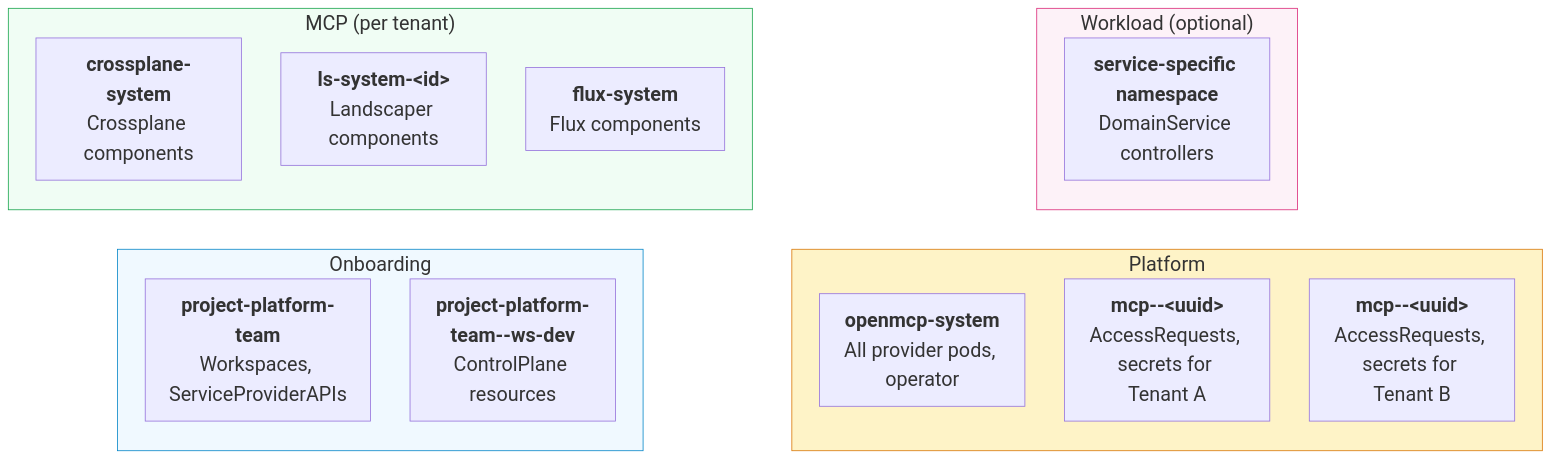
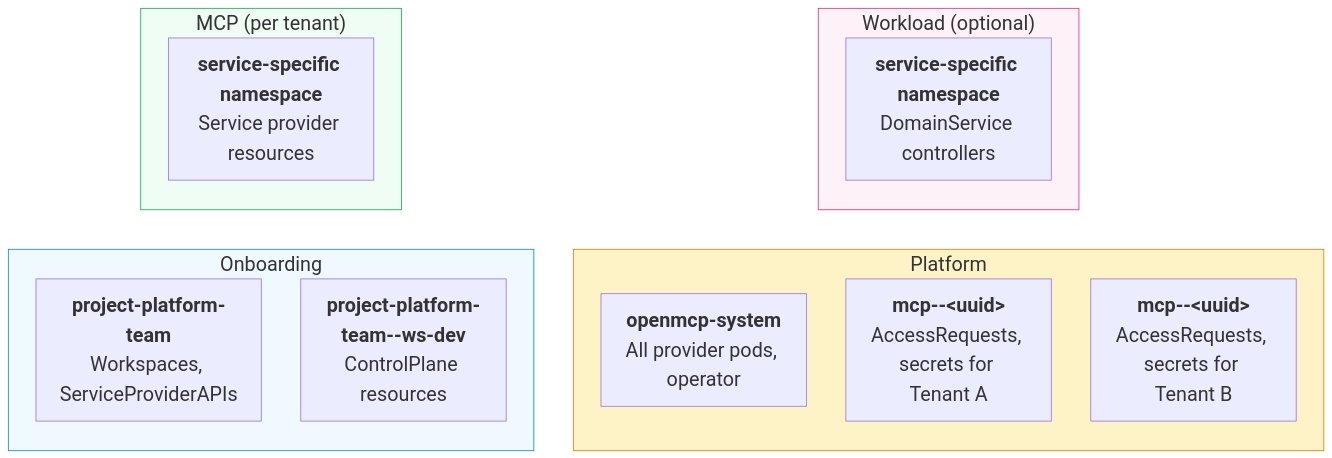
Before and after one commit to openmcp-project/docs: the diagram in docs/developers/clusters-and-namespaces.md, drawn with Mermaid. The commit also changed other lines of this file, not shown here.

````diff
--- a/docs/developers/clusters-and-namespaces.md
+++ b/docs/developers/clusters-and-namespaces.md
@@ -24,36 +24,34 @@
 ```mermaid
 ---
 config:
   themeVariables:
     fontSize: 25px
 ---
 graph LR
     subgraph OnboardingCluster["Onboarding"]
         ON1["<b>project-platform-team</b><br/>Workspaces, ServiceProviderAPIs"]
         ON2["<b>project-platform-team--ws-dev</b><br/>ControlPlane resources"]
     end
 
     subgraph PlatformCluster["Platform"]
         PN1["<b>openmcp-system</b><br/>All provider pods, operator"]
         PN2["<b>mcp--&lt;uuid&gt;</b><br/>AccessRequests, secrets for Tenant A"]
         PN3["<b>mcp--&lt;uuid&gt;</b><br/>AccessRequests, secrets for Tenant B"]
     end
 
     subgraph MCPCluster["MCP (per tenant)"]
-        MN1["<b>crossplane-system</b><br/>Crossplane components"]
-        MN2["<b>ls-system-&lt;id&gt;</b><br/>Landscaper components"]
-        MN3["<b>flux-system</b><br/>Flux components"]
+        MN1["<b>service-specific namespace</b><br/>Service provider resources"]
     end
 
     subgraph WorkloadCluster["Workload (optional)"]
         WN1["<b>service-specific namespace</b><br/>DomainService controllers"]
     end
 
     OnboardingCluster ~~~ PlatformCluster
     MCPCluster ~~~ WorkloadCluster
 
     style OnboardingCluster fill:#f0f9ff,stroke:#0284c7
     style PlatformCluster fill:#fef3c7,stroke:#d97706
     style MCPCluster fill:#f0fdf4,stroke:#16a34a
     style WorkloadCluster fill:#fdf2f8,stroke:#db2777
 ```
````
